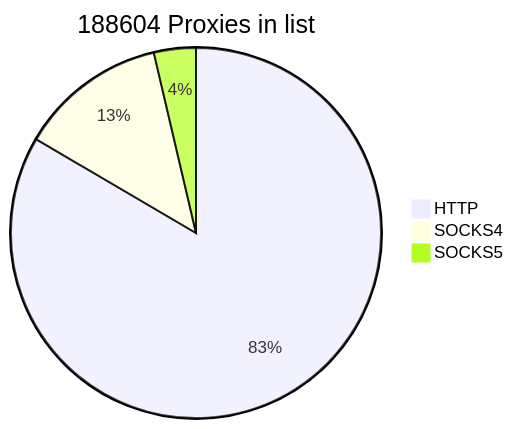
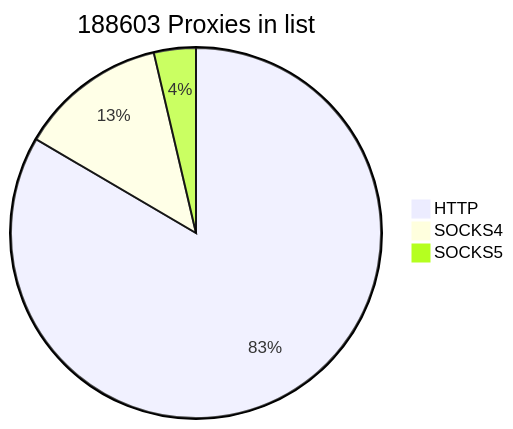
One commit to cutipu/proxylist changed the first of 2 diagrams in README.md. Above: the diagram before and after it, drawn with Mermaid. The commit also changed other lines of this file, not shown here.

````diff
--- a/README.md
+++ b/README.md
@@ -2,7 +2,7 @@
 ```mermaid
-pie title 188604 Proxies in list
+pie title 188603 Proxies in list
     "HTTP" : 157361
-    "SOCKS4" : 24339
+    "SOCKS4" : 24338
     "SOCKS5" : 6904
             
 ```
````
